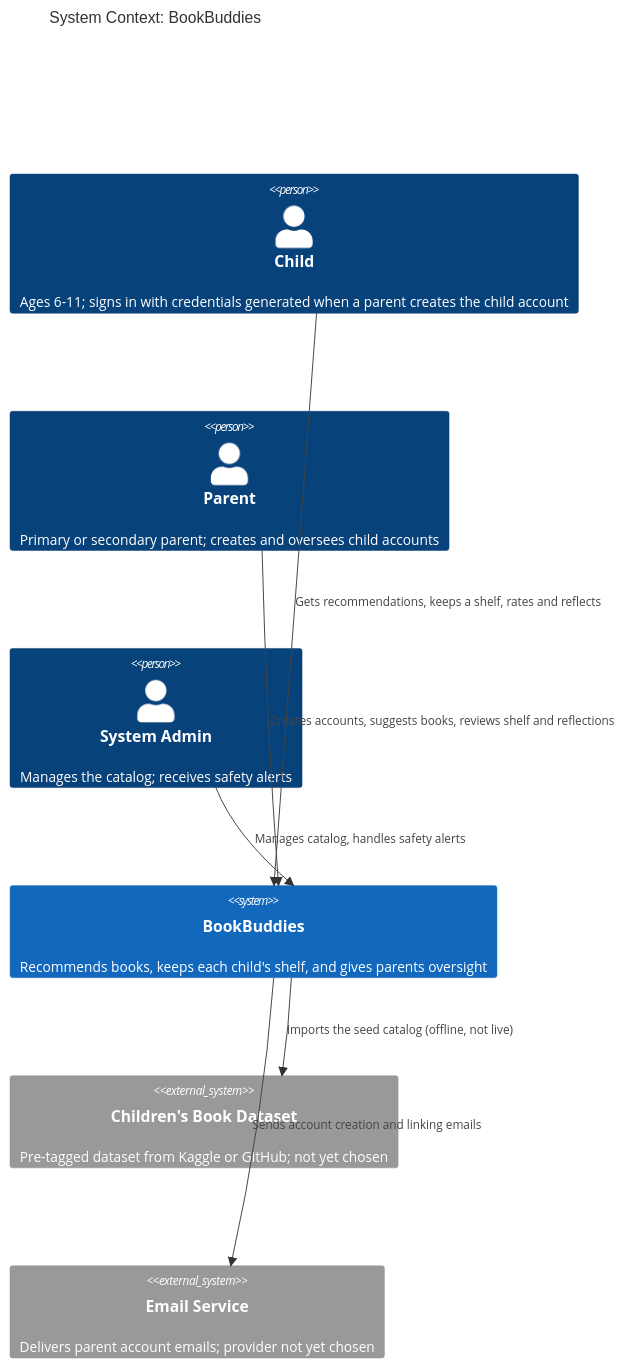
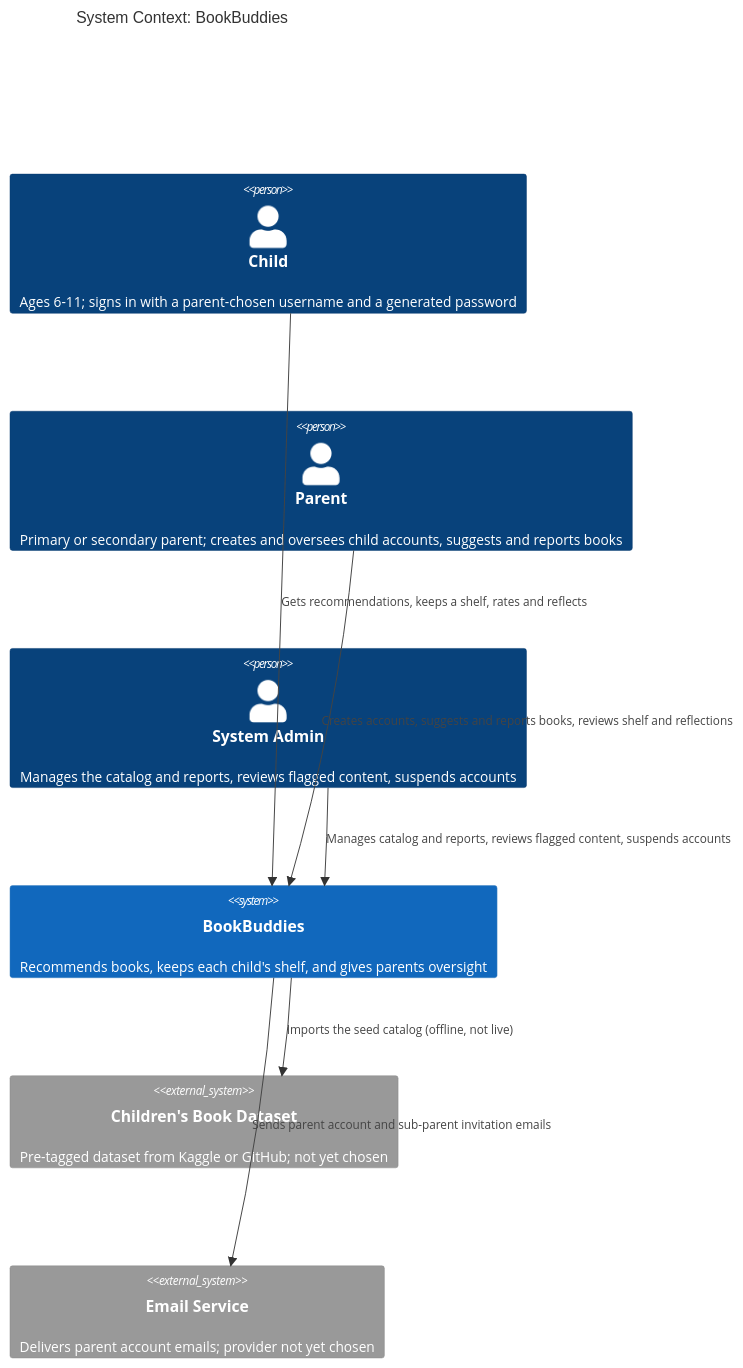
The first of 2 diagrams in design/architectural-design.md (videogames21/book_buddies), drawn with Mermaid before and after one commit. The commit also changed other lines of this file, not shown here.

Commit message:
updated architectural design doc

````diff
--- a/design/architectural-design.md
+++ b/design/architectural-design.md
@@ -112,19 +113,19 @@
 ```mermaid
 C4Context
     title System Context: BookBuddies
 
-    Person(child, "Child", "Ages 6-11; signs in with credentials generated when a parent creates the child account")
-    Person(parent, "Parent", "Primary or secondary parent; creates and oversees child accounts")
-    Person(admin, "System Admin", "Manages the catalog; receives safety alerts")
+    Person(child, "Child", "Ages 6-11; signs in with a parent-chosen username and a generated password")
+    Person(parent, "Parent", "Primary or secondary parent; creates and oversees child accounts, suggests and reports books")
+    Person(admin, "System Admin", "Manages the catalog and reports, reviews flagged content, suspends accounts")
 
     System(bb, "BookBuddies", "Recommends books, keeps each child's shelf, and gives parents oversight")
 
     System_Ext(dataset, "Children's Book Dataset", "Pre-tagged dataset from Kaggle or GitHub; not yet chosen")
     System_Ext(email, "Email Service", "Delivers parent account emails; provider not yet chosen")
 
     Rel(child, bb, "Gets recommendations, keeps a shelf, rates and reflects")
-    Rel(parent, bb, "Creates accounts, suggests books, reviews shelf and reflections")
-    Rel(admin, bb, "Manages catalog, handles safety alerts")
+    Rel(parent, bb, "Creates accounts, suggests and reports books, reviews shelf and reflections")
+    Rel(admin, bb, "Manages catalog and reports, reviews flagged content, suspends accounts")
     Rel(bb, dataset, "Imports the seed catalog (offline, not live)")
-    Rel(bb, email, "Sends account creation and linking emails")
+    Rel(bb, email, "Sends parent account and sub-parent invitation emails")
 ```
````
